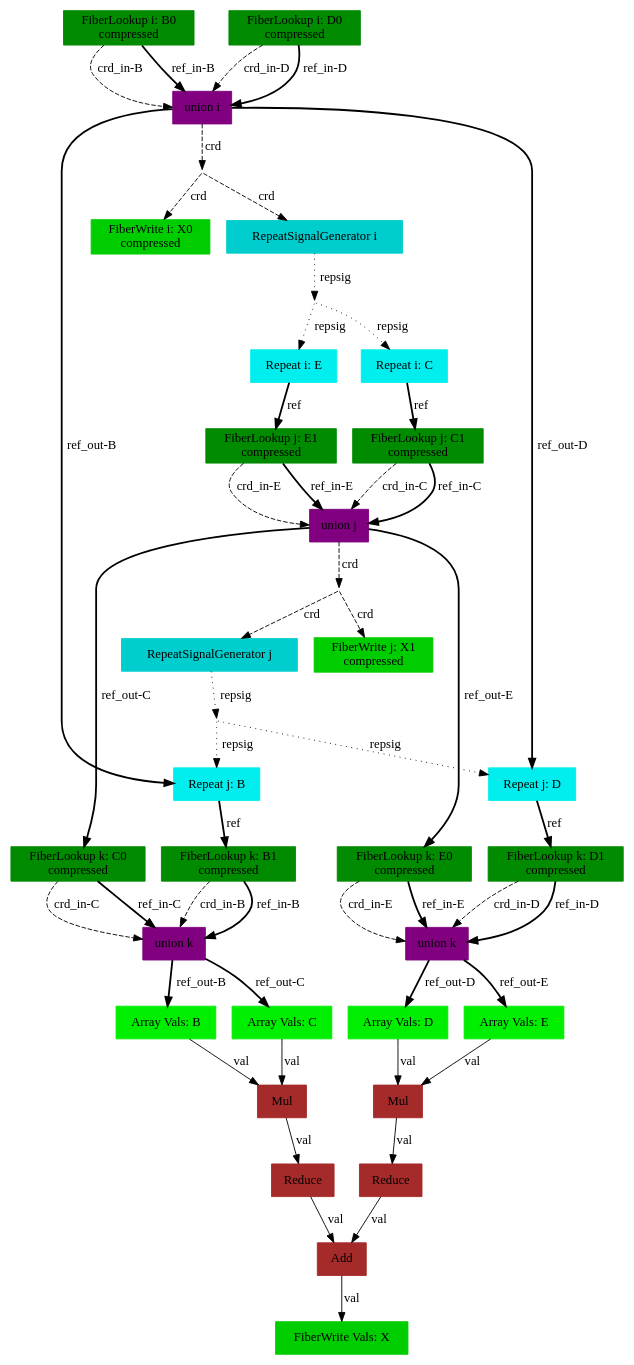
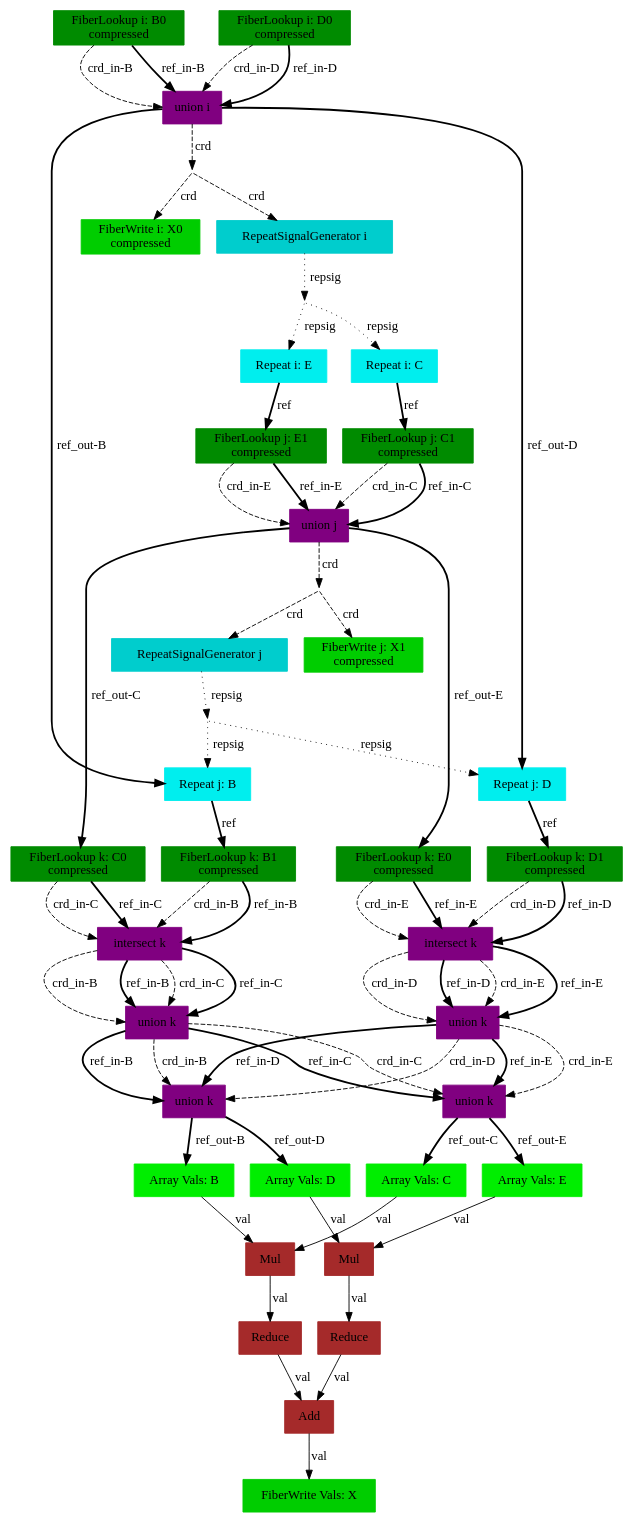
One commit to weiya711/sam changed the diagram in compiler/sam-outputs/onyx-dot/concat_matmul.gv. Above: the diagram before and after it, drawn with Graphviz. The commit also changed 1 other file, not shown here.

Commit message:
removed the redundent concat matmul graph

```diff
--- a/compiler/sam-outputs/onyx-dot/concat_matmul.gv
+++ b/compiler/sam-outputs/onyx-dot/concat_matmul.gv
@@ -1,86 +1,108 @@
 digraph SAM {
     comment="X=ss01,B=ss01,C=ss10,D=ss01,E=ss10"
     32 [comment="type=fiberlookup,index=i,tensor=B,mode=0,format=compressed,src=true,root=true" label="FiberLookup i: B0\ncompressed" color=green4 shape=box style=filled type="fiberlookup" index="i" tensor="B" mode="0" format="compressed" src="true" root="true"]
     31 [comment="type=union,index=i" label="union i" color=purple shape=box style=filled type="union" index="i"]
     30 [comment="type=broadcast" shape=point style=invis type="broadcast"]
     2 [comment="type=fiberwrite,index=i,tensor=X,mode=0,format=compressed,segsize=2,crdsize=B0_dim,sink=true" label="FiberWrite i: X0\ncompressed" color=green3 shape=box style=filled type="fiberwrite" index="i" tensor="X" mode="0" format="compressed" segsize="2" crdsize="B0_dim" sink="true"]
     29 [comment="type=repsiggen,index=i" label="RepeatSignalGenerator i" color=cyan3 shape=box style=filled type="repsiggen" index="i"]
     28 [comment="type=broadcast" shape=point style=invis type="broadcast"]
     26 [comment="type=repeat,index=i,tensor=C,root=true" label="Repeat i: C" color=cyan2 shape=box style=filled type="repeat" index="i" tensor="C" root="true"]
     24 [comment="type=fiberlookup,index=j,tensor=C,mode=1,format=compressed,src=true,root=false" label="FiberLookup j: C1\ncompressed" color=green4 shape=box style=filled type="fiberlookup" index="j" tensor="C" mode="1" format="compressed" src="true" root="false"]
     23 [comment="type=union,index=j" label="union j" color=purple shape=box style=filled type="union" index="j"]
     22 [comment="type=broadcast" shape=point style=invis type="broadcast"]
     1 [comment="type=fiberwrite,index=j,tensor=X,mode=1,format=compressed,segsize=B0_dim+1,crdsize=B0_dim*C1_dim,sink=true" label="FiberWrite j: X1\ncompressed" color=green3 shape=box style=filled type="fiberwrite" index="j" tensor="X" mode="1" format="compressed" segsize="B0_dim+1" crdsize="B0_dim*C1_dim" sink="true"]
     21 [comment="type=repsiggen,index=j" label="RepeatSignalGenerator j" color=cyan3 shape=box style=filled type="repsiggen" index="j"]
     20 [comment="type=broadcast" shape=point style=invis type="broadcast"]
     18 [comment="type=repeat,index=j,tensor=B,root=false" label="Repeat j: B" color=cyan2 shape=box style=filled type="repeat" index="j" tensor="B" root="false"]
     14 [comment="type=fiberlookup,index=k,tensor=B,mode=1,format=compressed,src=true,root=false" label="FiberLookup k: B1\ncompressed" color=green4 shape=box style=filled type="fiberlookup" index="k" tensor="B" mode="1" format="compressed" src="true" root="false"]
     39 [comment="type=union,index=k" label="union k" color=purple shape=box style=filled type="union" index="k"]
     40 [comment="type=union,index=k" label="union k" color=purple shape=box style=filled type="union" index="k"]
+    41 [comment="type=union,index=k" label="union k" color=purple shape=box style=filled type="union" index="k"]
+    42 [comment="type=union,index=k" label="union k" color=purple shape=box style=filled type="union" index="k"]
     7 [comment="type=arrayvals,tensor=B" label="Array Vals: B" color=green2 shape=box style=filled type="arrayvals" tensor="B"]
     6 [comment="type=mul" label="Mul" color=brown shape=box style=filled type="mul"]
     5 [comment="type=reduce" label="Reduce" color=brown shape=box style=filled type="reduce"]
     4 [comment="type=add,sub=0" label="Add" color=brown shape=box style=filled type="add" sub="0"]
     0 [comment="type=fiberwrite,mode=vals,tensor=X,size=1*B0_dim*C1_dim,sink=true" label="FiberWrite Vals: X" color=green3 shape=box style=filled type="fiberwrite" tensor="X" mode="vals" size="1*B0_dim*C1_dim" sink="true"]
     8 [comment="type=arrayvals,tensor=C" label="Array Vals: C" color=green2 shape=box style=filled type="arrayvals" tensor="C"]
     11 [comment="type=arrayvals,tensor=D" label="Array Vals: D" color=green2 shape=box style=filled type="arrayvals" tensor="D"]
     10 [comment="type=mul" label="Mul" color=brown shape=box style=filled type="mul"]
     9 [comment="type=reduce" label="Reduce" color=brown shape=box style=filled type="reduce"]
     12 [comment="type=arrayvals,tensor=E" label="Array Vals: E" color=green2 shape=box style=filled type="arrayvals" tensor="E"]
     19 [comment="type=repeat,index=j,tensor=D,root=false" label="Repeat j: D" color=cyan2 shape=box style=filled type="repeat" index="j" tensor="D" root="false"]
     16 [comment="type=fiberlookup,index=k,tensor=D,mode=1,format=compressed,src=true,root=false" label="FiberLookup k: D1\ncompressed" color=green4 shape=box style=filled type="fiberlookup" index="k" tensor="D" mode="1" format="compressed" src="true" root="false"]
     15 [comment="type=fiberlookup,index=k,tensor=C,mode=0,format=compressed,src=true,root=false" label="FiberLookup k: C0\ncompressed" color=green4 shape=box style=filled type="fiberlookup" index="k" tensor="C" mode="0" format="compressed" src="true" root="false"]
     17 [comment="type=fiberlookup,index=k,tensor=E,mode=0,format=compressed,src=true,root=false" label="FiberLookup k: E0\ncompressed" color=green4 shape=box style=filled type="fiberlookup" index="k" tensor="E" mode="0" format="compressed" src="true" root="false"]
     27 [comment="type=repeat,index=i,tensor=E,root=true" label="Repeat i: E" color=cyan2 shape=box style=filled type="repeat" index="i" tensor="E" root="true"]
     25 [comment="type=fiberlookup,index=j,tensor=E,mode=1,format=compressed,src=true,root=false" label="FiberLookup j: E1\ncompressed" color=green4 shape=box style=filled type="fiberlookup" index="j" tensor="E" mode="1" format="compressed" src="true" root="false"]
     33 [comment="type=fiberlookup,index=i,tensor=D,mode=0,format=compressed,src=true,root=true" label="FiberLookup i: D0\ncompressed" color=green4 shape=box style=filled type="fiberlookup" index="i" tensor="D" mode="0" format="compressed" src="true" root="true"]
+    43 [comment="type=intersect,index=k" label="intersect k" color=purple shape=box style=filled type="intersect" index="k"]
+    44 [comment="type=intersect,index=k" label="intersect k" color=purple shape=box style=filled type="intersect" index="k"]
+
     32 -> 31 [label="crd_in-B" style=dashed type="crd" comment="in-B"]
     31 -> 30 [label="crd" style=dashed type="crd"]
     30 -> 2 [label="crd" style=dashed type="crd"]
     30 -> 29 [label="crd" style=dashed type="crd"]
     29 -> 28 [label="repsig" style=dotted type="repsig"]
     28 -> 26 [label="repsig" style=dotted type="repsig"]
     26 -> 24 [label="ref" style=bold type="ref"]
     24 -> 23 [label="crd_in-C" style=dashed type="crd" comment="in-C"]
     23 -> 22 [label="crd" style=dashed type="crd"]
     22 -> 1 [label="crd" style=dashed type="crd"]
     22 -> 21 [label="crd" style=dashed type="crd"]
     21 -> 20 [label="repsig" style=dotted type="repsig"]
     20 -> 18 [label="repsig" style=dotted type="repsig"]
     18 -> 14 [label="ref" style=bold type="ref"]
-    14 -> 39 [label="crd_in-B" style=dashed type="crd" comment="in-B"]
-    39 -> 7 [label="ref_out-B" style=bold type="ref" comment="out-B"]
+    14 -> 43 [label="crd_in-B" style=dashed type="crd" comment="in-B"]
+    43 -> 39 [label="crd_in-B" style=dashed type="crd" comment="in-B"]
+    41 -> 7 [label="ref_out-B" style=bold type="ref" comment="out-B"]
     7 -> 6 [label="val" type="val"]
     6 -> 5 [label="val" type="val"]
     5 -> 4 [label="val" type="val"]
     4 -> 0 [label="val" type="val"]
-    39 -> 8 [label="ref_out-C" style=bold type="ref" comment="out-C"]
+    42 -> 8 [label="ref_out-C" style=bold type="ref" comment="out-C"]
     8 -> 6 [label="val" type="val"]
-    40 -> 11 [label="ref_out-D" style=bold type="ref" comment="out-D"]
+    41 -> 11 [label="ref_out-D" style=bold type="ref" comment="out-D"]
     11 -> 10 [label="val" type="val"]
     10 -> 9 [label="val" type="val"]
     9 -> 4 [label="val" type="val"]
-    40 -> 12 [label="ref_out-E" style=bold type="ref" comment="out-E"]
+    42 -> 12 [label="ref_out-E" style=bold type="ref" comment="out-E"]
     12 -> 10 [label="val" type="val"]
-    14 -> 39 [label="ref_in-B" style=bold type="ref" comment="in-B"]
+    14 -> 43 [label="ref_in-B" style=bold type="ref" comment="in-B"]
+    43 -> 39 [label="ref_in-B" style=bold type="ref" comment="in-B"]
     20 -> 19 [label="repsig" style=dotted type="repsig"]
     19 -> 16 [label="ref" style=bold type="ref"]
-    16 -> 40 [label="crd_in-D" style=dashed type="crd" comment="in-D"]
-    16 -> 40 [label="ref_in-D" style=bold type="ref" comment="in-D"]
+    16 -> 44 [label="crd_in-D" style=dashed type="crd" comment="in-D"]
+    16 -> 44 [label="ref_in-D" style=bold type="ref" comment="in-D"]
+    44 -> 40 [label="crd_in-D" style=dashed type="crd" comment="in-D"]
+    44 -> 40 [label="ref_in-D" style=bold type="ref" comment="in-D"]
     23 -> 15 [label="ref_out-C" style=bold type="ref" comment="out-C"]
-    15 -> 39 [label="crd_in-C" style=dashed type="crd" comment="in-C"]
-    15 -> 39 [label="ref_in-C" style=bold type="ref" comment="in-C"]
+    15 -> 43 [label="crd_in-C" style=dashed type="crd" comment="in-C"]
+    15 -> 43 [label="ref_in-C" style=bold type="ref" comment="in-C"]
+    43 -> 39 [label="crd_in-C" style=dashed type="crd" comment="in-C"]
+    43 -> 39 [label="ref_in-C" style=bold type="ref" comment="in-C"]
     23 -> 17 [label="ref_out-E" style=bold type="ref" comment="out-E"]
-    17 -> 40 [label="crd_in-E" style=dashed type="crd" comment="in-E"]
-    17 -> 40 [label="ref_in-E" style=bold type="ref" comment="in-E"]
+    17 -> 44 [label="crd_in-E" style=dashed type="crd" comment="in-E"]
+    17 -> 44 [label="ref_in-E" style=bold type="ref" comment="in-E"]
+    44 -> 40 [label="crd_in-E" style=dashed type="crd" comment="in-E"]
+    44 -> 40 [label="ref_in-E" style=bold type="ref" comment="in-E"]
     24 -> 23 [label="ref_in-C" style=bold type="ref" comment="in-C"]
     28 -> 27 [label="repsig" style=dotted type="repsig"]
     27 -> 25 [label="ref" style=bold type="ref"]
     25 -> 23 [label="crd_in-E" style=dashed type="crd" comment="in-E"]
     25 -> 23 [label="ref_in-E" style=bold type="ref" comment="in-E"]
     31 -> 18 [label="ref_out-B" style=bold type="ref" comment="out-B"]
     31 -> 19 [label="ref_out-D" style=bold type="ref" comment="out-D"]
     32 -> 31 [label="ref_in-B" style=bold type="ref" comment="in-B"]
     33 -> 31 [label="crd_in-D" style=dashed type="crd" comment="in-D"]
     33 -> 31 [label="ref_in-D" style=bold type="ref" comment="in-D"]
+    39 -> 41 [label="ref_in-B" style=bold type="ref" comment="in-B"]
+    39 -> 41 [label="crd_in-B" style=dashed type="crd" comment="in-B"]
+    39 -> 42 [label="ref_in-C" style=bold type="ref" comment="in-C"]
+    39 -> 42 [label="crd_in-C" style=dashed type="crd" comment="in-C"]
+    40 -> 41 [label="ref_in-D" style=bold type="ref" comment="in-D"]
+    40 -> 41 [label="crd_in-D" style=dashed type="crd" comment="in-D"]
+    40 -> 42 [label="ref_in-E" style=bold type="ref" comment="in-E"]
+    40 -> 42 [label="crd_in-E" style=dashed type="crd" comment="in-E"]
+
 }
```
